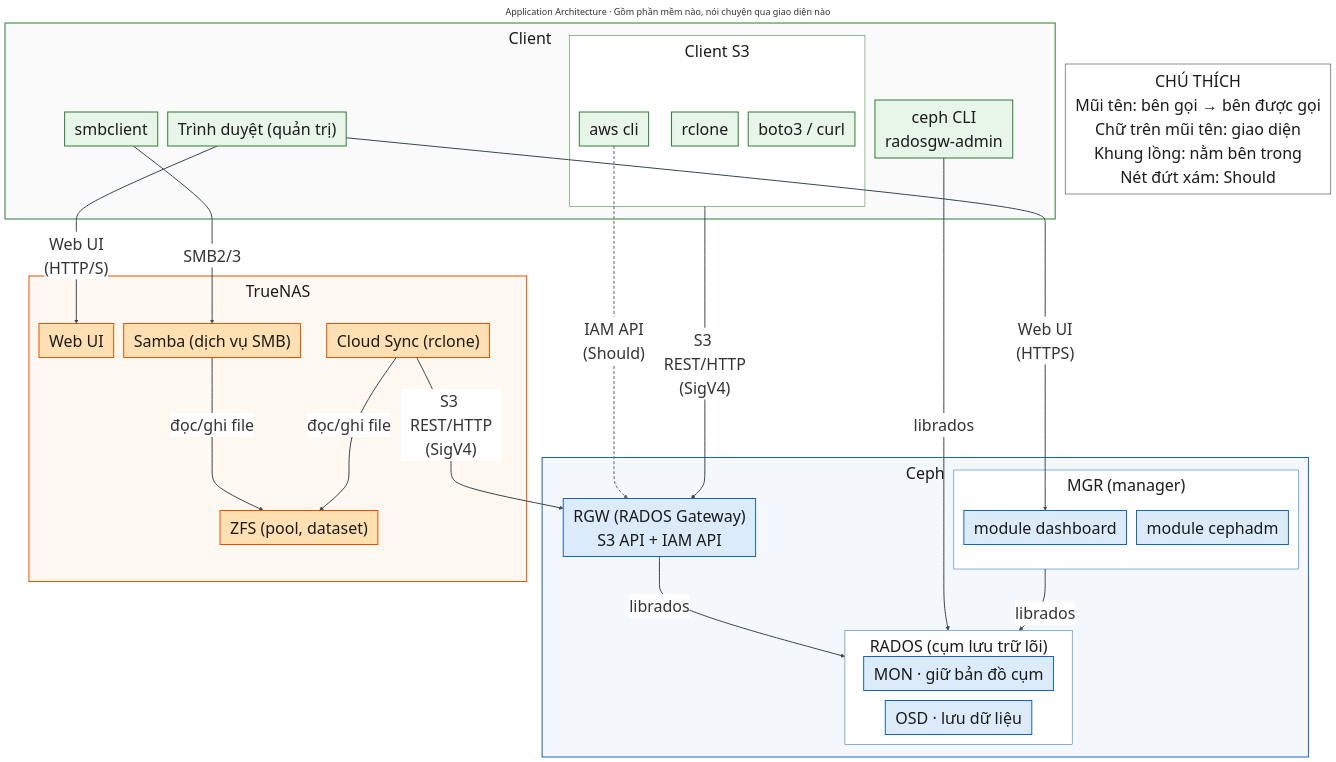
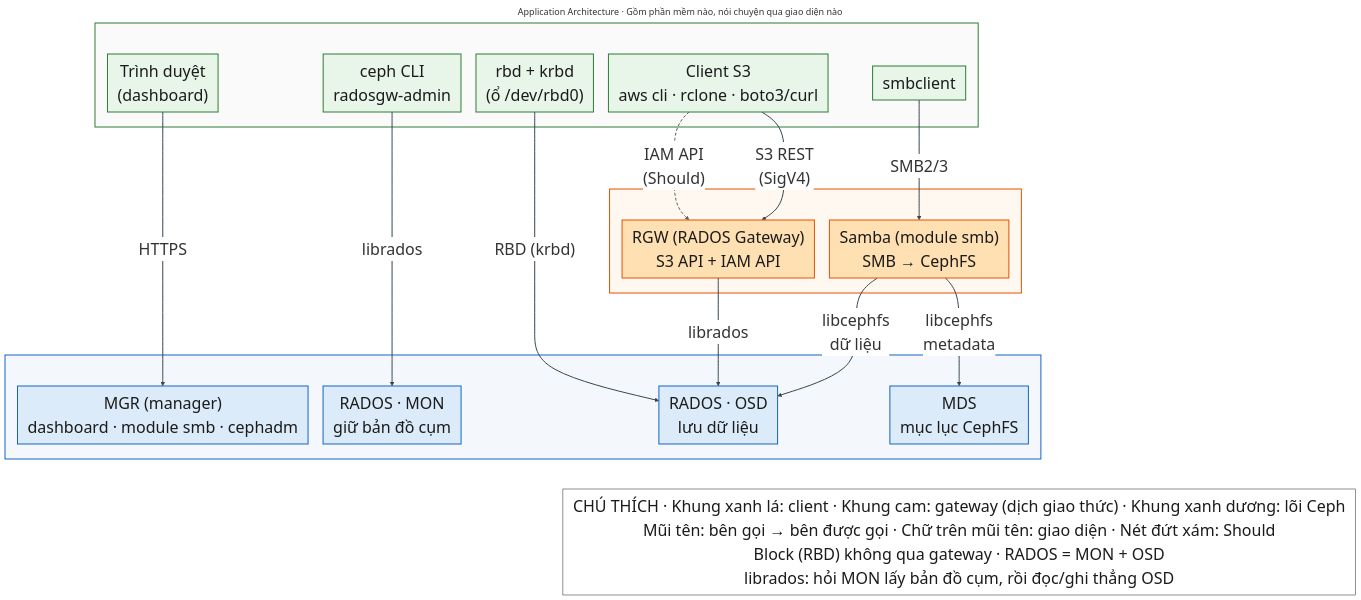
One commit to HDungg925/Project changed the second of 5 diagrams in NT132-P2-TaiLieuNhom.md. Above: the diagram before and after it, drawn with Mermaid. The commit also changed other lines of this file and 11 other files, not shown here.

Commit message:
Bo TrueNAS

````diff
--- a/NT132-P2-TaiLieuNhom.md
+++ b/NT132-P2-TaiLieuNhom.md
@@ -331,76 +363,74 @@
 ```mermaid
 ---
 title: "Application Architecture · Gồm phần mềm nào, nói chuyện qua giao diện nào"
+config:
+  layout: dagre
+  theme: base
+  themeVariables: {"fontSize": "32px", "fontFamily": "Arial, Helvetica, sans-serif", "lineColor": "#37474F", "edgeLabelBackground": "#FFFFFF"}
+  themeCSS: ".flowchartTitleText { font-size: 42px; font-weight: bold; } .edgeLabel div { max-width: none !important; white-space: nowrap !important; }"
+  flowchart: {"curve": "basis", "wrappingWidth": 1600, "nodeSpacing": 30, "rankSpacing": 60, "padding": 10, "subGraphTitleMargin": {"top": 6, "bottom": 26}}
 ---
-%%{init: {"theme": "base", "themeVariables": {"fontSize": "32px", "fontFamily": "Arial, Helvetica, sans-serif", "lineColor": "#37474F", "edgeLabelBackground": "#FFFFFF"}, "themeCSS": ".flowchartTitleText { font-size: 42px; font-weight: bold; } .edgeLabel div { max-width: none !important; white-space: nowrap !important; }", "flowchart": {"curve": "basis", "wrappingWidth": 650, "nodeSpacing": 20, "rankSpacing": 50, "padding": 10, "subGraphTitleMargin": {"top": 6, "bottom": 26}}}}%%
 flowchart TB
-    %% ===== BẢNG MÀU CHUNG (giữ nguyên như slide 6) =====
+    %% ===== BẢNG MÀU CHUNG v3 (giữ nguyên như slide 6) =====
     classDef client  fill:#E8F5E9,stroke:#2E7D32,stroke-width:2px,color:#1B1B1B
-    classDef truenas fill:#FFE0B2,stroke:#E65100,stroke-width:2px,color:#1B1B1B
+    classDef gateway fill:#FFE0B2,stroke:#E65100,stroke-width:2px,color:#1B1B1B
     classDef ceph    fill:#DCEBFA,stroke:#1565C0,stroke-width:2px,color:#1B1B1B
     classDef infra   fill:#EDE7F6,stroke:#4527A0,stroke-width:2px,color:#1B1B1B
     classDef should  fill:#F5F5F5,stroke:#616161,stroke-width:2px,stroke-dasharray:6 4,color:#424242
     classDef note    fill:#FFFFFF,stroke:#212121,stroke-width:1px,color:#1B1B1B
 
-    %% ===== CLIENT =====
-    subgraph CLI["Client"]
+    %% Bố cục 04/11 (theo góp ý: bớt rối, đường thẳng, lõi Ceph sát 2 tầng trên, chú thích nằm ngang ở dưới):
+    %% - 3 khung KHÔNG ghi tiêu đề là CỐ Ý: tiêu đề khung nằm giữa, bị đường RBD và S3 chạy đè lên.
+    %%   Nghĩa của từng khung ghi ở dòng đầu chú thích.
+    %% - Thứ tự khai báo client (trái → phải) là CỐ Ý: mỗi client đứng gần ngay trên đích của nó.
+    %% - Không vẽ MDS → RADOS và MGR → RADOS (thêm 1 tầng, làm lõi Ceph xa ra); ghi trong T5.2.
+
+    %% ===== TẦNG 1: CLIENT (khung xanh lá) =====
+    subgraph CLI[" "]
+        C_WEB["Trình duyệt<br/>(dashboard)"]
+        C_ADM["ceph CLI<br/>radosgw-admin"]
+        C_RBD["rbd + krbd<br/>(ổ /dev/rbd0)"]
+        C_S3["Client S3<br/>aws cli · rclone · boto3/curl"]
         C_SMB["smbclient"]
-        C_WEB["Trình duyệt (quản trị)"]
-        subgraph S3CLI["Client S3"]
-            C_AWS["aws cli"]
-            C_RCL["rclone"]
-            C_PY["boto3 / curl"]
-        end
-        C_ADM["ceph CLI<br/>radosgw-admin"]
     end
 
-    %% ===== CEPH =====
-    subgraph CEPH["Ceph"]
-        R_RGW["RGW (RADOS Gateway)<br/>S3 API + IAM API"]
-        subgraph MGR["MGR (manager)"]
-            M_DASH["module dashboard"]
-            M_ORCH["module cephadm"]
-        end
-        subgraph RADOS["RADOS (cụm lưu trữ lõi)"]
-            D_MON["MON · giữ bản đồ cụm"]
-            D_OSD["OSD · lưu dữ liệu"]
-        end
+    %% ===== TẦNG 2: GATEWAY, dịch giao thức (khung cam) =====
+    subgraph GW[" "]
+        G_SMB["Samba (module smb)<br/>SMB → CephFS"]
+        G_RGW["RGW (RADOS Gateway)<br/>S3 API + IAM API"]
     end
 
-    %% ===== TRUENAS =====
-    subgraph TN["TrueNAS"]
-        T_UI["Web UI"]
-        T_SMB["Samba (dịch vụ SMB)"]
-        T_CS["Cloud Sync (rclone)"]
-        T_ZFS["ZFS (pool, dataset)"]
+    %% ===== TẦNG 3: LÕI CEPH (khung xanh dương) =====
+    subgraph CEPH[" "]
+        D_MDS["MDS<br/>mục lục CephFS"]
+        D_MON["RADOS · MON<br/>giữ bản đồ cụm"]
+        D_OSD["RADOS · OSD<br/>lưu dữ liệu"]
+        M_MGR["MGR (manager)<br/>dashboard · module smb · cephadm"]
     end
 
-    LEG["CHÚ THÍCH<br/>Mũi tên: bên gọi → bên được gọi<br/>Chữ trên mũi tên: giao diện<br/>Khung lồng: nằm bên trong<br/>Nét đứt xám: Should"]
+    LEG["CHÚ THÍCH · Khung xanh lá: client · Khung cam: gateway (dịch giao thức) · Khung xanh dương: lõi Ceph<br/>Mũi tên: bên gọi → bên được gọi · Chữ trên mũi tên: giao diện · Nét đứt xám: Should<br/>Block (RBD) không qua gateway · RADOS = MON + OSD<br/>librados: hỏi MON lấy bản đồ cụm, rồi đọc/ghi thẳng OSD"]
 
     %% ===== GIAO DIỆN (thứ tự dòng = số trong linkStyle) =====
-    C_SMB -->|"SMB2/3"| T_SMB
-    C_WEB -->|"Web UI<br/>(HTTP/S)"| T_UI
-    T_SMB -->|"đọc/ghi file"| T_ZFS
-    T_CS -->|"đọc/ghi file"| T_ZFS
-    T_CS -->|"S3 REST/HTTP<br/>(SigV4)"| R_RGW
-    S3CLI -->|"S3 REST/HTTP<br/>(SigV4)"| R_RGW
-    C_AWS -.->|"IAM API<br/>(Should)"| R_RGW
-    C_WEB -->|"Web UI<br/>(HTTPS)"| M_DASH
-    R_RGW -->|"librados"| RADOS
-    C_ADM -->|"librados"| RADOS
-    MGR -->|"librados"| RADOS
+    C_SMB -->|"SMB2/3"| G_SMB
+    C_S3 -->|"S3 REST<br/>(SigV4)"| G_RGW
+    C_S3 -.->|"IAM API<br/>(Should)"| G_RGW
+    G_SMB -->|"libcephfs<br/>metadata"| D_MDS
+    G_SMB -->|"libcephfs<br/>dữ liệu"| D_OSD
+    C_RBD -->|"RBD (krbd)"| D_OSD
+    G_RGW -->|"librados"| D_OSD
+    C_ADM -->|"librados"| D_MON
+    C_WEB -->|"HTTPS"| M_MGR
+    %% Liên kết ẩn: chỉ để đặt chú thích xuống dưới khung lõi Ceph
+    CEPH ~~~ LEG
 
-    linkStyle 0,1,2,3,4,5,7,8,9,10 stroke:#37474F,stroke-width:2px
-    linkStyle 6 stroke:#616161,stroke-width:2px,stroke-dasharray:6 4
+    linkStyle 0,1,3,4,5,6,7,8 stroke:#37474F,stroke-width:2px
+    linkStyle 2 stroke:#616161,stroke-width:2px,stroke-dasharray:6 4
 
-    class C_SMB,C_AWS,C_RCL,C_PY,C_WEB,C_ADM client
-    class T_UI,T_SMB,T_CS,T_ZFS truenas
-    class R_RGW,M_DASH,M_ORCH,D_MON,D_OSD ceph
+    class C_SMB,C_RBD,C_S3,C_WEB,C_ADM client
+    class G_SMB,G_RGW gateway
+    class M_MGR,D_MDS,D_MON,D_OSD ceph
     class LEG note
     style CLI fill:#FAFAFA,stroke:#2E7D32,stroke-width:2px,color:#1B1B1B
-    style S3CLI fill:#FFFFFF,stroke:#2E7D32,stroke-width:1px,color:#1B1B1B
-    style TN fill:#FFF8F0,stroke:#E65100,stroke-width:2px,color:#1B1B1B
+    style GW fill:#FFF8F0,stroke:#E65100,stroke-width:2px,color:#1B1B1B
     style CEPH fill:#F4F8FD,stroke:#1565C0,stroke-width:2px,color:#1B1B1B
-    style MGR fill:#FFFFFF,stroke:#1565C0,stroke-width:1px,color:#1B1B1B
-    style RADOS fill:#FFFFFF,stroke:#1565C0,stroke-width:1px,color:#1B1B1B
 ```
````
